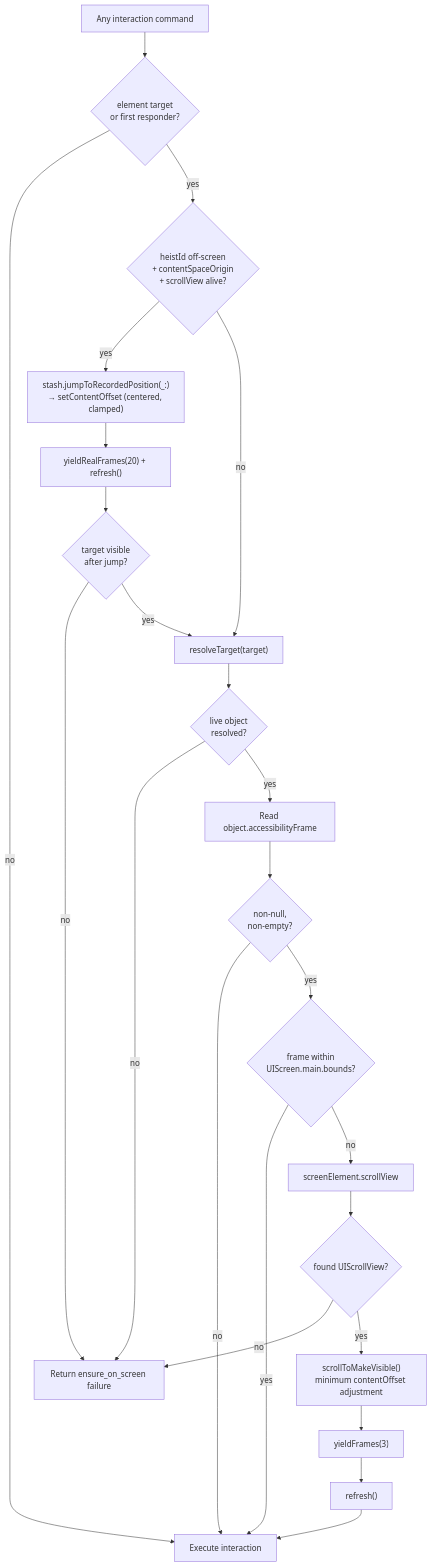
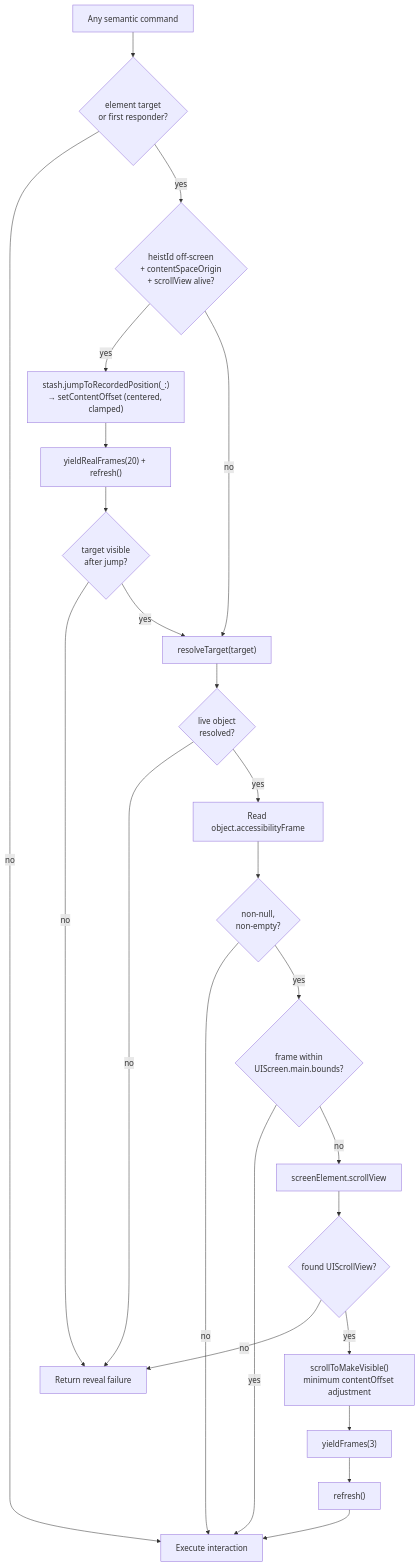
Before and after one commit to RoyalPineapple/TheButtonHeist: the first of 2 diagrams in docs/dossiers/14a-SCROLLING.md, drawn with Mermaid. The commit also changed other lines of this file and 17 other files, not shown here.

````diff
--- a/docs/dossiers/14a-SCROLLING.md
+++ b/docs/dossiers/14a-SCROLLING.md
@@ -80,30 +97,30 @@
 ```mermaid
 flowchart TD
-    Cmd["Any interaction command"]
+    Cmd["Any semantic command"]
     Cmd --> HasTarget{element target<br/>or first responder?}
     HasTarget -->|no| Execute["Execute interaction"]
     HasTarget -->|yes| Coarse{"heistId off-screen<br/>+ contentSpaceOrigin<br/>+ scrollView alive?"}
 
     Coarse -->|yes| Jump["stash.jumpToRecordedPosition(_:)<br/>→ setContentOffset (centered, clamped)"]
     Jump --> Settle1["yieldRealFrames(20) + refresh()"]
     Settle1 --> LiveAfterJump{"target visible<br/>after jump?"}
-    LiveAfterJump -->|no| Fail["Return ensure_on_screen failure"]
+    LiveAfterJump -->|no| Fail["Return reveal failure"]
     LiveAfterJump -->|yes| Fine
 
     Coarse -->|no| Fine["resolveTarget(target)"]
     Fine --> Resolved{live object<br/>resolved?}
     Resolved -->|no| Fail
     Resolved -->|yes| Frame["Read object.accessibilityFrame"]
     Frame --> Valid{non-null,<br/>non-empty?}
     Valid -->|no| Execute
     Valid -->|yes| OnScreen{frame within<br/>UIScreen.main.bounds?}
     OnScreen -->|yes| Execute
 
     OnScreen -->|no| Walk["screenElement.scrollView"]
     Walk --> ScrollView{found UIScrollView?}
     ScrollView -->|no| Fail
     ScrollView -->|yes| Scroll["scrollToMakeVisible()<br/>minimum contentOffset adjustment"]
     Scroll --> Settle2["yieldFrames(3)"]
     Settle2 --> Refresh["refresh()"]
     Refresh --> Execute
 ```
````
